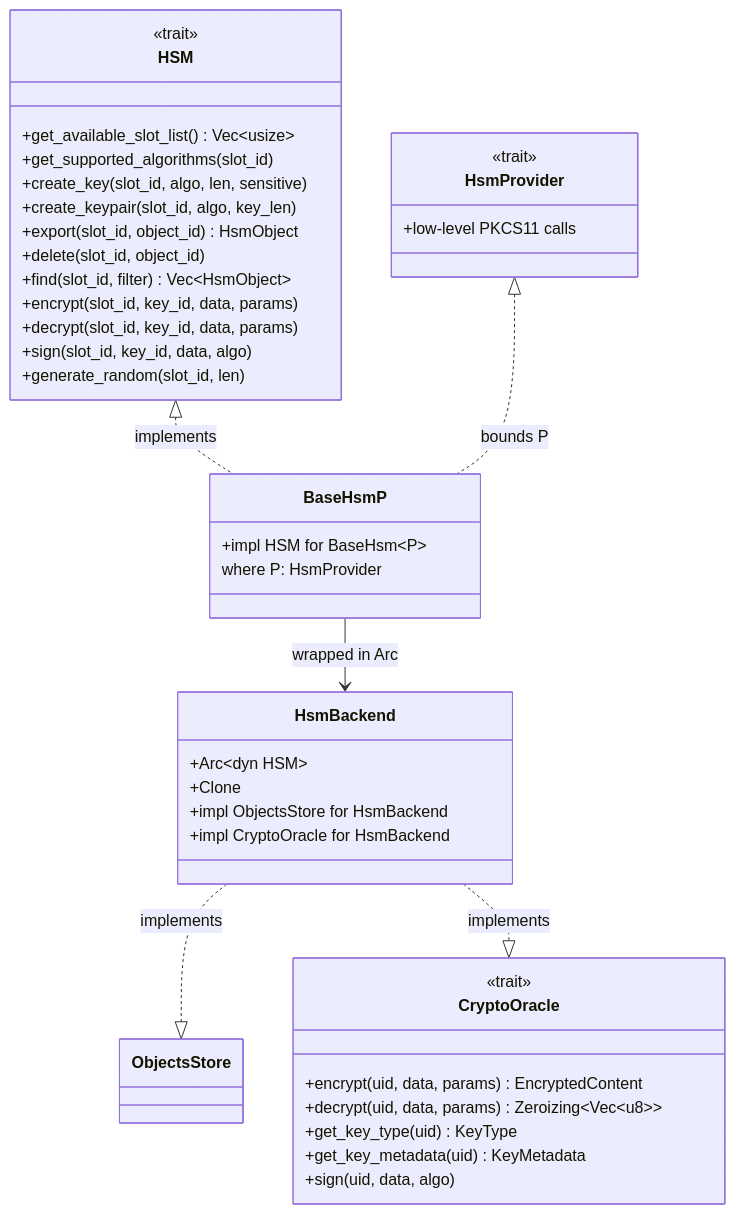
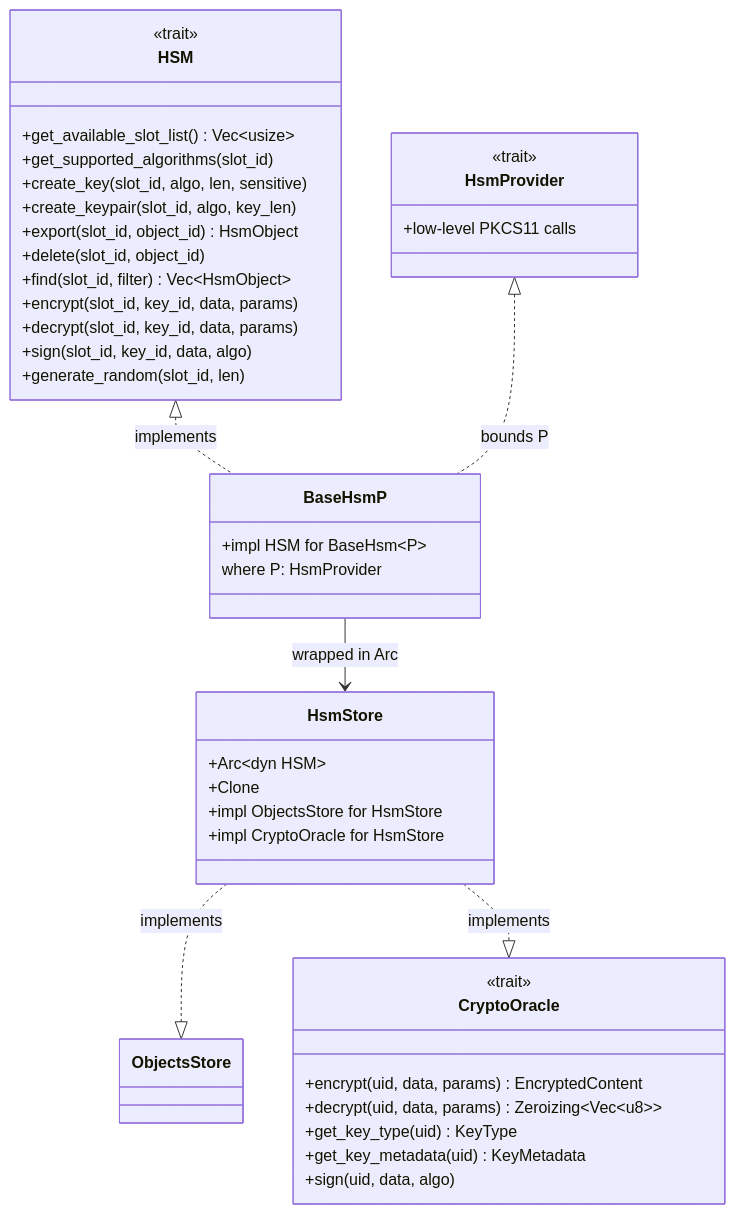
The second of 6 diagrams in crate/interfaces/README.md (Cosmian/kms), drawn with Mermaid before and after one commit. The commit also changed other lines of this file and 18 other files, not shown here.

````diff
--- a/crate/interfaces/README.md
+++ b/crate/interfaces/README.md
@@ -80,49 +80,49 @@
 ```mermaid
 classDiagram
     class HSM {
         <<trait>>
         +get_available_slot_list() Vec~usize~
         +get_supported_algorithms(slot_id)
         +create_key(slot_id, algo, len, sensitive)
         +create_keypair(slot_id, algo, key_len)
         +export(slot_id, object_id) HsmObject
         +delete(slot_id, object_id)
         +find(slot_id, filter) Vec~HsmObject~
         +encrypt(slot_id, key_id, data, params)
         +decrypt(slot_id, key_id, data, params)
         +sign(slot_id, key_id, data, algo)
         +generate_random(slot_id, len)
     }
 
     class HsmProvider {
         <<trait>>
         +low-level PKCS11 calls
     }
 
     class BaseHsmP {
         +impl HSM for BaseHsm~P~
         where P: HsmProvider
     }
 
     class CryptoOracle {
         <<trait>>
         +encrypt(uid, data, params) EncryptedContent
         +decrypt(uid, data, params) Zeroizing~Vec~u8~~
         +get_key_type(uid) KeyType
         +get_key_metadata(uid) KeyMetadata
         +sign(uid, data, algo)
     }
 
-    class HsmBackend {
+    class HsmStore {
         +Arc~dyn HSM~
         +Clone
-        +impl ObjectsStore for HsmBackend
-        +impl CryptoOracle for HsmBackend
+        +impl ObjectsStore for HsmStore
+        +impl CryptoOracle for HsmStore
     }
 
     HSM <|.. BaseHsmP : implements
     HsmProvider <|.. BaseHsmP : bounds P
-    BaseHsmP --> HsmBackend : wrapped in Arc
-    HsmBackend ..|> ObjectsStore : implements
-    HsmBackend ..|> CryptoOracle : implements
+    BaseHsmP --> HsmStore : wrapped in Arc
+    HsmStore ..|> ObjectsStore : implements
+    HsmStore ..|> CryptoOracle : implements
 ```
````
